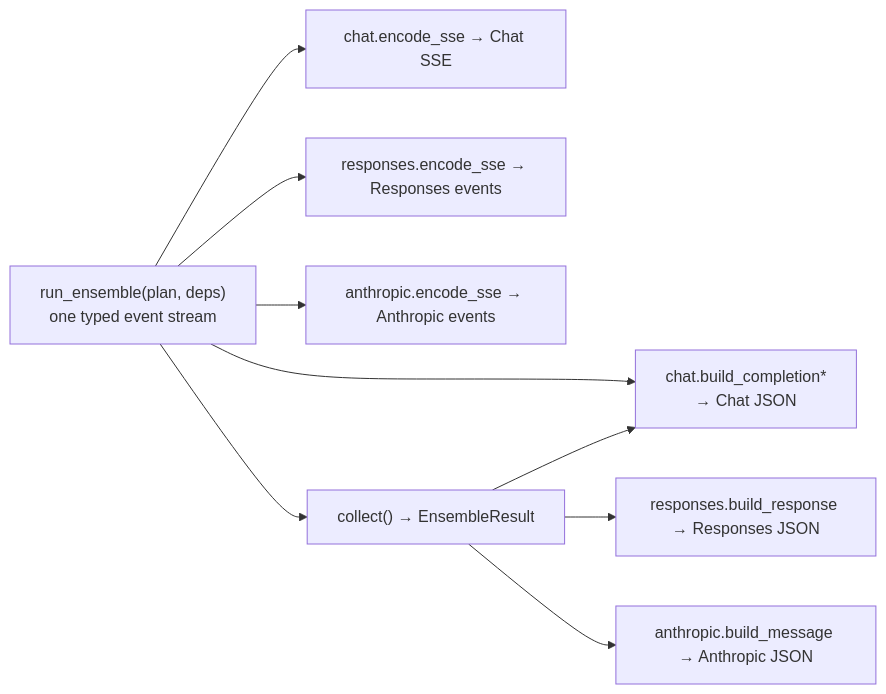
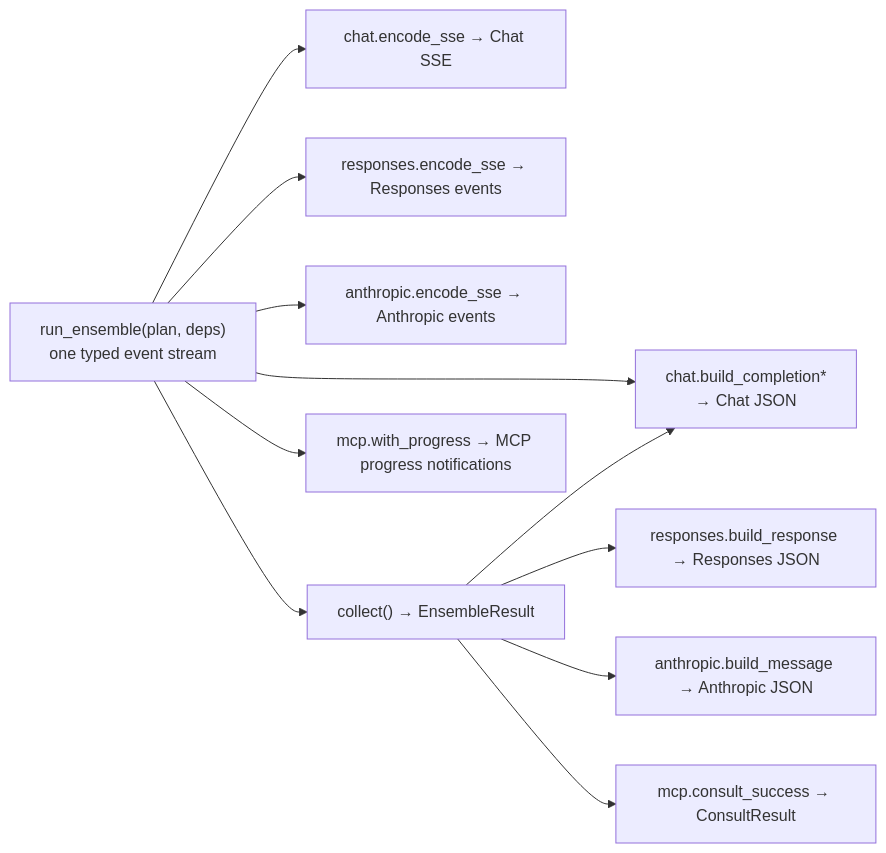
Before and after one commit to arashbehmand/mom-llm: the diagram in docs/ARCHITECTURE.md, drawn with Mermaid. The commit also changed other lines of this file and 43 other files, not shown here.

````diff
--- a/docs/ARCHITECTURE.md
+++ b/docs/ARCHITECTURE.md
@@ -22,12 +22,14 @@
 ```mermaid
 flowchart LR
     RE["run_ensemble(plan, deps)<br/>one typed event stream"]
     RE --> C["chat.encode_sse → Chat SSE"]
     RE --> CJ["chat.build_completion*<br/>→ Chat JSON"]
     RE --> R["responses.encode_sse → Responses events"]
     RE --> A["anthropic.encode_sse → Anthropic events"]
     RE --> CO["collect() → EnsembleResult"]
+    RE --> M["mcp.with_progress → MCP progress notifications"]
     CO --> CJ
     CO --> RB["responses.build_response → Responses JSON"]
     CO --> AB["anthropic.build_message → Anthropic JSON"]
+    CO --> MC["mcp.consult_success → ConsultResult"]
 ```
````
